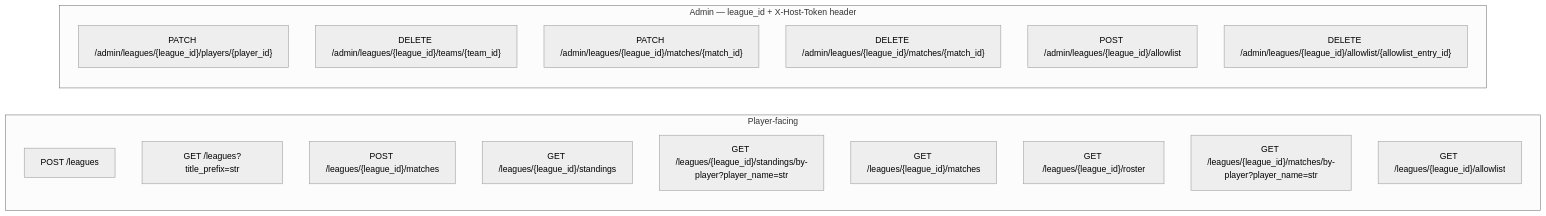
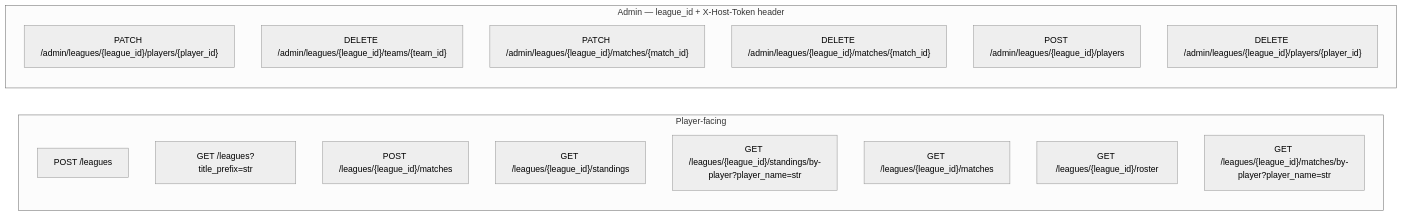
Before and after one commit to swjeong0825/TLMB_backend_main: the diagram in Design_Doc/TLMB_Design_doc/13_api_contracts.md, drawn with Mermaid (neutral theme). The commit also changed other lines of this file and 55 other files, not shown here.

Commit message:
deprecate_allowlist_enhance_player_rosters

````diff
--- a/Design_Doc/TLMB_Design_doc/13_api_contracts.md
+++ b/Design_Doc/TLMB_Design_doc/13_api_contracts.md
@@ -12,22 +12,21 @@
 ```mermaid
 flowchart LR
     subgraph player [Player-facing]
         P1["POST /leagues"]
         P1b["GET /leagues?title_prefix=str"]
         P2["POST /leagues/{league_id}/matches"]
         P3["GET /leagues/{league_id}/standings"]
         P3b["GET /leagues/{league_id}/standings/by-player?player_name=str"]
         P4["GET /leagues/{league_id}/matches"]
         P5["GET /leagues/{league_id}/roster"]
         P6["GET /leagues/{league_id}/matches/by-player?player_name=str"]
-        P7["GET /leagues/{league_id}/allowlist"]
     end
     subgraph admin ["Admin — league_id + X-Host-Token header"]
         A1["PATCH /admin/leagues/{league_id}/players/{player_id}"]
         A2["DELETE /admin/leagues/{league_id}/teams/{team_id}"]
         A3["PATCH /admin/leagues/{league_id}/matches/{match_id}"]
         A4["DELETE /admin/leagues/{league_id}/matches/{match_id}"]
-        A5["POST /admin/leagues/{league_id}/allowlist"]
-        A6["DELETE /admin/leagues/{league_id}/allowlist/{allowlist_entry_id}"]
+        A5["POST /admin/leagues/{league_id}/players"]
+        A6["DELETE /admin/leagues/{league_id}/players/{player_id}"]
     end
 ```
````
